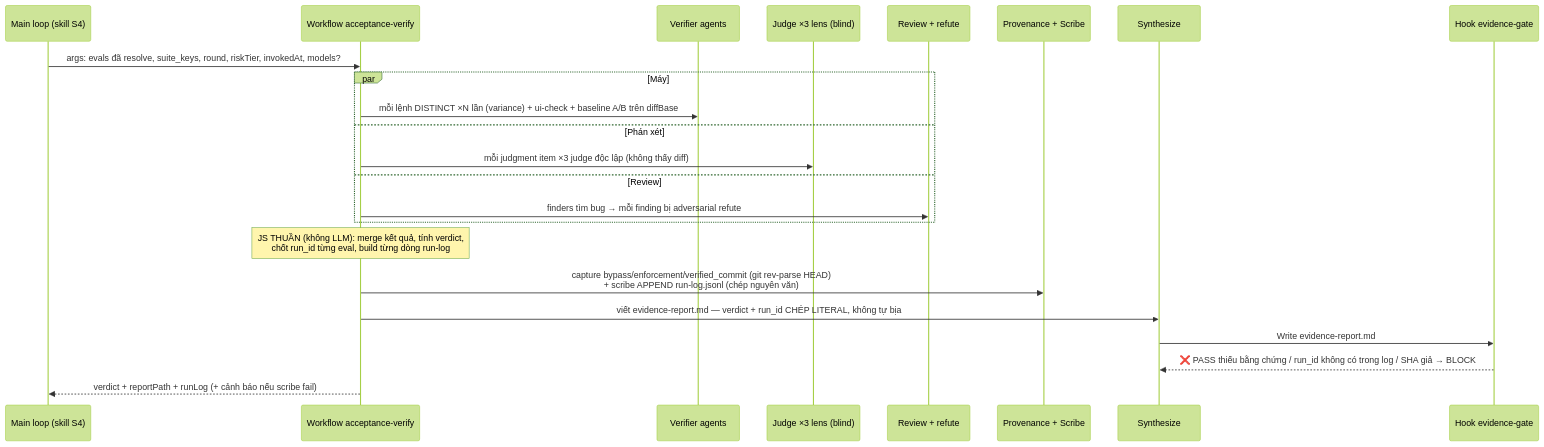
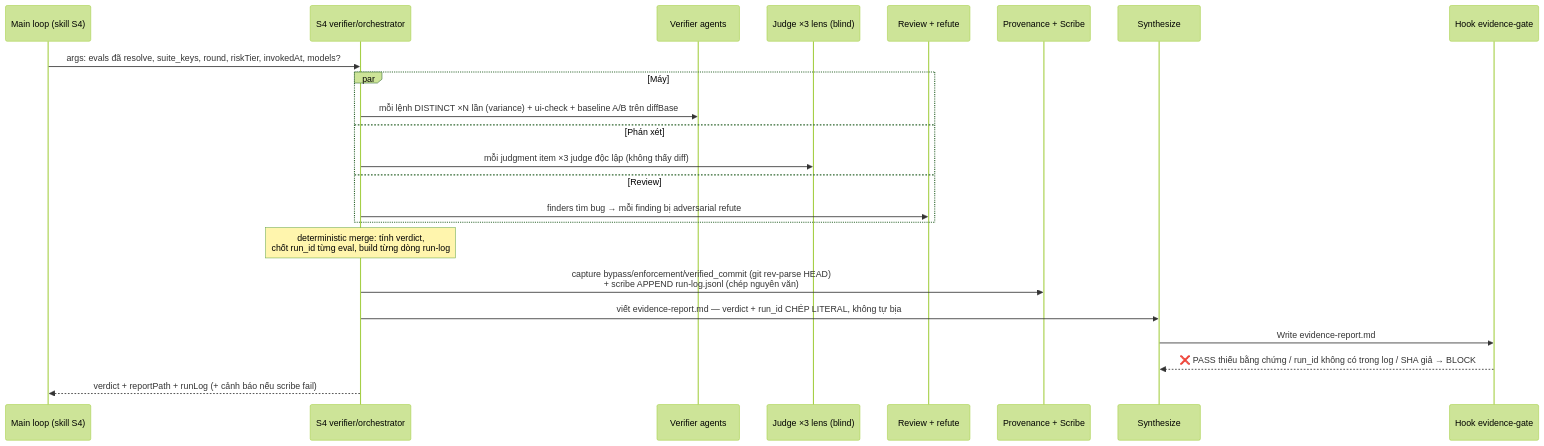
The third of 4 diagrams in GUIDE.md (phanlemanh/acceptance-gate-kit), drawn with Mermaid (forest theme) before and after one commit. The commit also changed other lines of this file and 29 other files, not shown here.

````diff
--- a/GUIDE.md
+++ b/GUIDE.md
@@ -137,26 +138,26 @@
 ```mermaid
 sequenceDiagram
   participant M as Main loop (skill S4)
-  participant W as Workflow acceptance-verify
+  participant W as S4 verifier/orchestrator
   participant V as Verifier agents
   participant J as Judge ×3 lens (blind)
   participant R as Review + refute
   participant P as Provenance + Scribe
   participant F as Synthesize
   participant H as Hook evidence-gate
 
   M->>W: args: evals đã resolve, suite_keys, round, riskTier, invokedAt, models?
   par Máy
     W->>V: mỗi lệnh DISTINCT ×N lần (variance) + ui-check + baseline A/B trên diffBase
   and Phán xét
     W->>J: mỗi judgment item ×3 judge độc lập (không thấy diff)
   and Review
     W->>R: finders tìm bug → mỗi finding bị adversarial refute
   end
-  Note over W: JS THUẦN (không LLM): merge kết quả, tính verdict,<br/>chốt run_id từng eval, build từng dòng run-log
+  Note over W: deterministic merge: tính verdict,<br/>chốt run_id từng eval, build từng dòng run-log
   W->>P: capture bypass/enforcement/verified_commit (git rev-parse HEAD)<br/>+ scribe APPEND run-log.jsonl (chép nguyên văn)
   W->>F: viết evidence-report.md — verdict + run_id CHÉP LITERAL, không tự bịa
   F->>H: Write evidence-report.md
   H-->>F: ❌ PASS thiếu bằng chứng / run_id không có trong log / SHA giả → BLOCK
   W-->>M: verdict + reportPath + runLog (+ cảnh báo nếu scribe fail)
 ```
````
